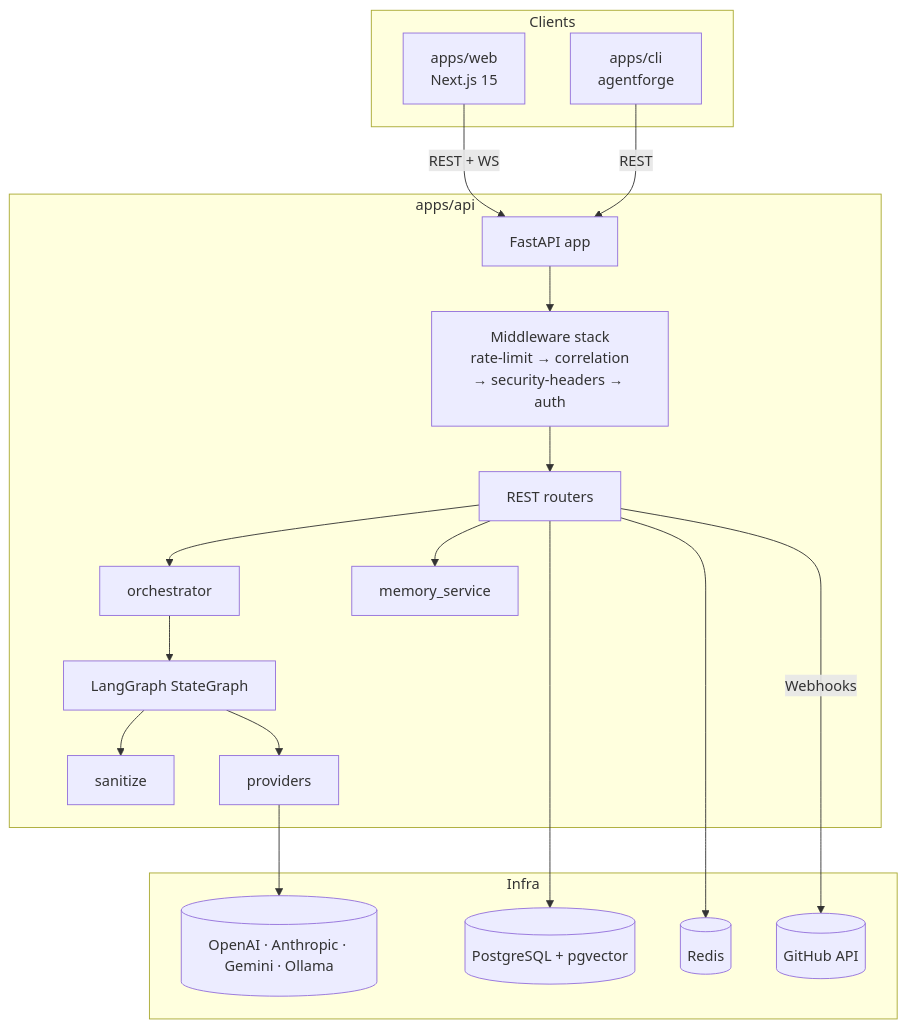
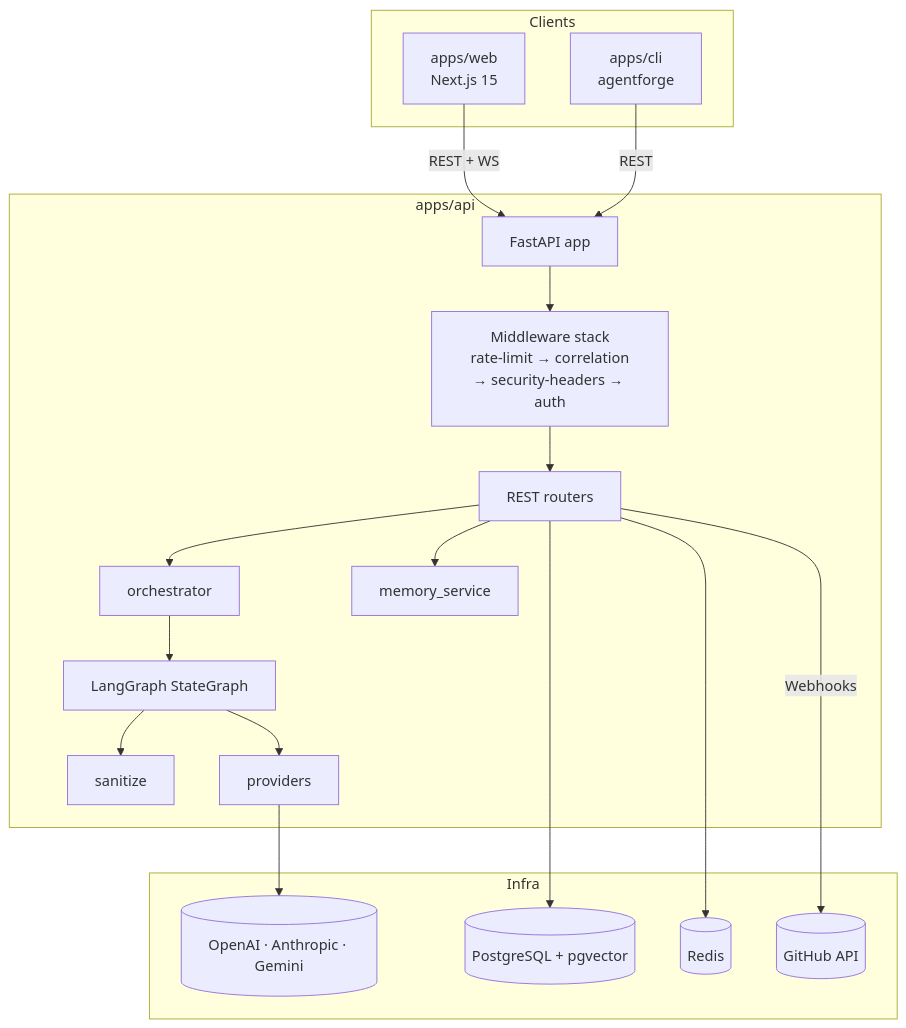
Before and after one commit to garvit-mishra-beep/AgentForge: the first of 10 diagrams in docs/architecture/SYSTEM_ARCHITECTURE.md, drawn with Mermaid. The commit also changed 338 other files, not shown here.

````diff
--- a/docs/architecture/SYSTEM_ARCHITECTURE.md
+++ b/docs/architecture/SYSTEM_ARCHITECTURE.md
@@ -33,38 +33,38 @@
 ```mermaid
 graph TB
   subgraph Clients
     Web[apps/web<br/>Next.js 15]
     CLI[apps/cli<br/>agentforge]
   end
 
   subgraph "apps/api"
     FastAPI[FastAPI app]
     MW[Middleware stack<br/>rate-limit → correlation<br/>→ security-headers → auth]
     Routes[REST routers]
     Orchestrator[orchestrator]
     Graph[LangGraph StateGraph]
     Memory[memory_service]
     Sanitize[sanitize]
     Providers[providers]
   end
 
   subgraph Infra
     PG[(PostgreSQL + pgvector)]
     Redis[(Redis)]
-    LLM[(OpenAI · Anthropic · Gemini · Ollama)]
+    LLM[(OpenAI · Anthropic · Gemini)]
     GH[(GitHub API)]
   end
 
   Web -- REST + WS --> FastAPI
   CLI -- REST --> FastAPI
   FastAPI --> MW --> Routes
   Routes --> Orchestrator
   Routes --> Memory
   Orchestrator --> Graph
   Graph --> Sanitize
   Graph --> Providers
   Routes --> PG
   Routes --> Redis
   Providers --> LLM
   Routes -- Webhooks --> GH
 ```
````
